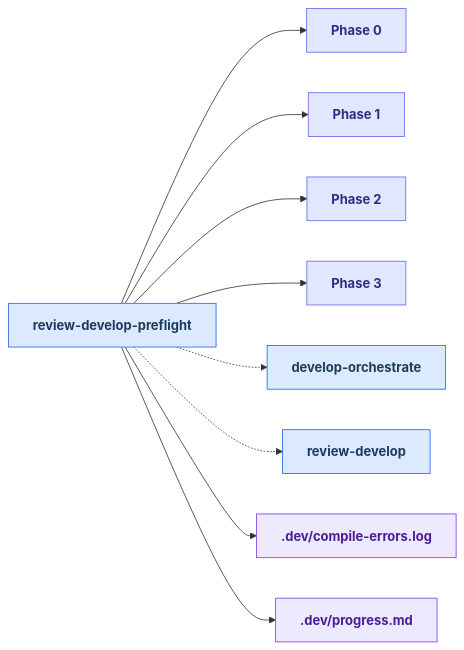
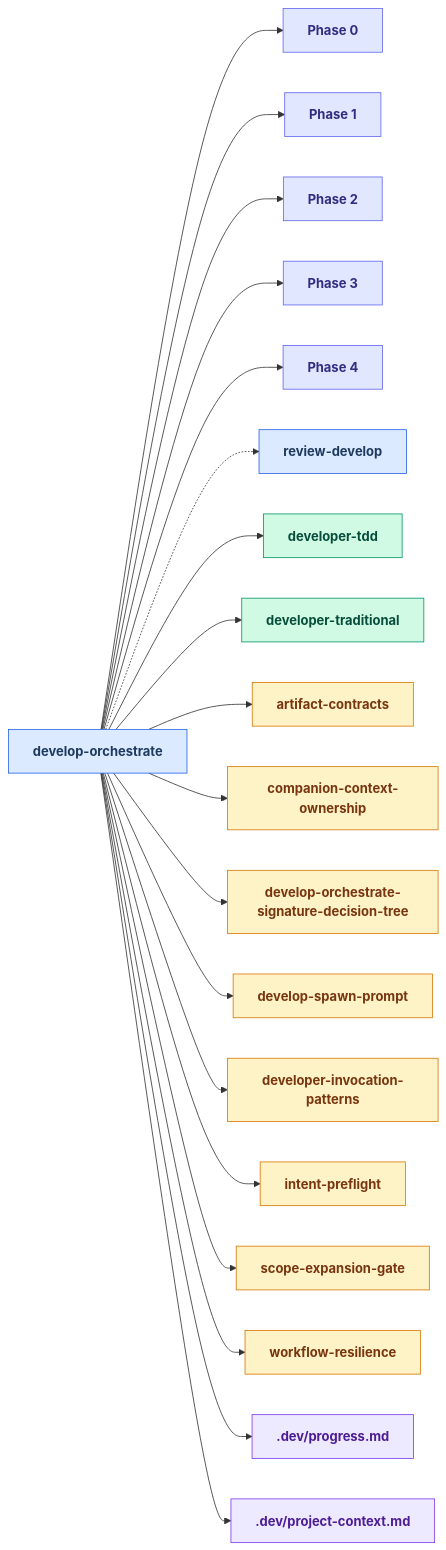
One commit to russell-laing/al-dev-shared changed the tenth of 24 diagrams in docs/skills_map.md. Above: the diagram before and after it, drawn with Mermaid. The commit also changed other lines of this file, not shown here.

First line of the commit message:
📝 docs(skills-map): sync Layer 2 drilldowns with current skill set

````diff
--- a/docs/skills_map.md
+++ b/docs/skills_map.md
@@ -587,37 +493,67 @@
 ```mermaid
 flowchart LR
     classDef skillNode fill:#dbeafe,stroke:#2563eb,color:#1e3a5f,font-weight:bold
     classDef agentNode fill:#d1fae5,stroke:#059669,color:#064e3b,font-weight:bold
     classDef knowledgeNode fill:#fef3c7,stroke:#d97706,color:#78350f,font-weight:bold
     classDef artifactNode fill:#ede9fe,stroke:#7c3aed,color:#4c1d95,font-weight:bold
     classDef phaseNode fill:#e0e7ff,stroke:#6366f1,color:#312e81,font-weight:bold
 
-    skill_review_develop_preflight[review-develop-preflight]
+    skill_develop_orchestrate[develop-orchestrate]
     Phase0["Phase 0"]
     Phase1["Phase 1"]
     Phase2["Phase 2"]
     Phase3["Phase 3"]
-    skill_develop_orchestrate[develop-orchestrate]
+    Phase4["Phase 4"]
     skill_review_develop[review-develop]
-    artifact_compile_errors_log[.dev/compile-errors.log]
+    agent_developer_tdd[developer-tdd]
+    agent_developer_traditional[developer-traditional]
+    knowledge_artifact_contracts_md[artifact-contracts]
+    knowledge_companion_context_ownership_md[companion-context-ownership]
+    knowledge_develop_orchestrate_signature_decision_tree_md[develop-orchestrate-signature-decision-tree]
+    knowledge_develop_spawn_prompt_md[develop-spawn-prompt]
+    knowledge_developer_invocation_patterns_md[developer-invocation-patterns]
+    knowledge_intent_preflight_md[intent-preflight]
+    knowledge_scope_expansion_gate_md[scope-expansion-gate]
+    knowledge_workflow_resilience_md[workflow-resilience]
     artifact_progress_md[.dev/progress.md]
+    artifact_project_context_md[.dev/project-context.md]
 
-    skill_review_develop_preflight --> Phase0
-    skill_review_develop_preflight --> Phase1
-    skill_review_develop_preflight --> Phase2
-    skill_review_develop_preflight --> Phase3
-    skill_review_develop_preflight -.-> skill_develop_orchestrate
-    skill_review_develop_preflight -.-> skill_review_develop
-    skill_review_develop_preflight --> artifact_compile_errors_log
-    skill_review_develop_preflight --> artifact_progress_md
+    skill_develop_orchestrate --> Phase0
+    skill_develop_orchestrate --> Phase1
+    skill_develop_orchestrate --> Phase2
+    skill_develop_orchestrate --> Phase3
+    skill_develop_orchestrate --> Phase4
+    skill_develop_orchestrate -.-> skill_review_develop
+    skill_develop_orchestrate --> agent_developer_tdd
+    skill_develop_orchestrate --> agent_developer_traditional
+    skill_develop_orchestrate --> knowledge_artifact_contracts_md
+    skill_develop_orchestrate --> knowledge_companion_context_ownership_md
+    skill_develop_orchestrate --> knowledge_develop_orchestrate_signature_decision_tree_md
+    skill_develop_orchestrate --> knowledge_develop_spawn_prompt_md
+    skill_develop_orchestrate --> knowledge_developer_invocation_patterns_md
+    skill_develop_orchestrate --> knowledge_intent_preflight_md
+    skill_develop_orchestrate --> knowledge_scope_expansion_gate_md
+    skill_develop_orchestrate --> knowledge_workflow_resilience_md
+    skill_develop_orchestrate --> artifact_progress_md
+    skill_develop_orchestrate --> artifact_project_context_md
 
-    class skill_review_develop_preflight skillNode
+    class skill_develop_orchestrate skillNode
     class Phase0 phaseNode
     class Phase1 phaseNode
     class Phase2 phaseNode
     class Phase3 phaseNode
-    class skill_develop_orchestrate skillNode
+    class Phase4 phaseNode
     class skill_review_develop skillNode
-    class artifact_compile_errors_log artifactNode
+    class agent_developer_tdd agentNode
+    class agent_developer_traditional agentNode
+    class knowledge_artifact_contracts_md knowledgeNode
+    class knowledge_companion_context_ownership_md knowledgeNode
+    class knowledge_develop_orchestrate_signature_decision_tree_md knowledgeNode
+    class knowledge_develop_spawn_prompt_md knowledgeNode
+    class knowledge_developer_invocation_patterns_md knowledgeNode
+    class knowledge_intent_preflight_md knowledgeNode
+    class knowledge_scope_expansion_gate_md knowledgeNode
+    class knowledge_workflow_resilience_md knowledgeNode
     class artifact_progress_md artifactNode
+    class artifact_project_context_md artifactNode
 ```
````
